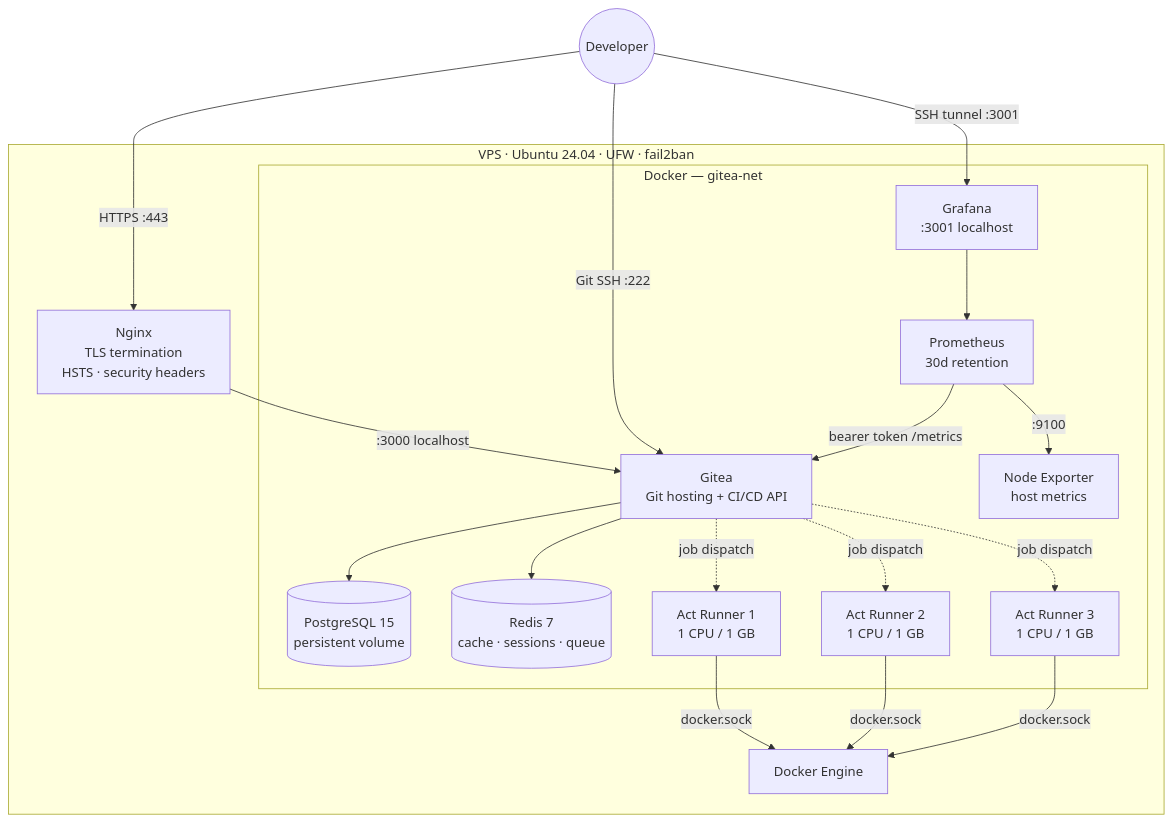
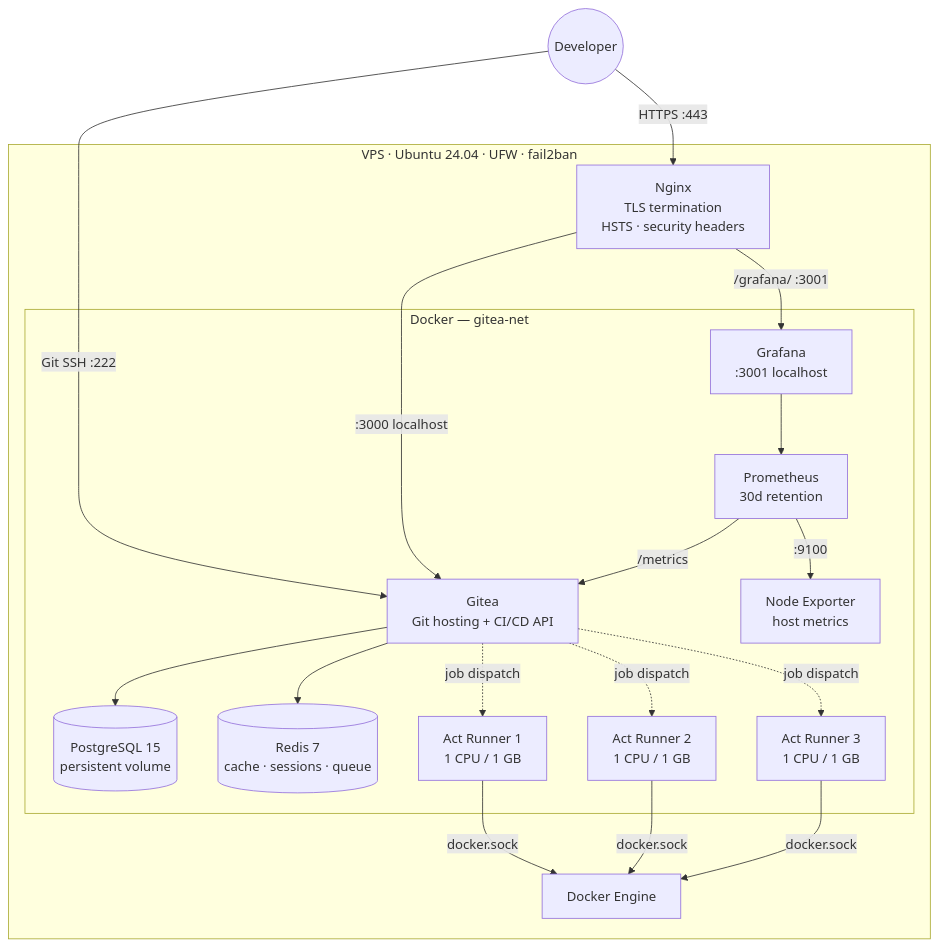
The diagram in README.md (kipngeno-isaac/self-hosted-gitea), drawn with Mermaid before and after one commit. The commit also changed other lines of this file and 3 other files, not shown here.

````diff
--- a/README.md
+++ b/README.md
@@ -26,25 +26,24 @@
 ```mermaid
 graph TB
     Dev((Developer)) -->|HTTPS :443| Nginx
     Dev -->|Git SSH :222| Gitea
 
     subgraph VPS["VPS · Ubuntu 24.04 · UFW · fail2ban"]
         Nginx["Nginx\nTLS termination\nHSTS · security headers"] -->|:3000 localhost| Gitea
 
         subgraph Docker["Docker — gitea-net"]
             Gitea["Gitea\nGit hosting + CI/CD API"] --> PG[("PostgreSQL 15\npersistent volume")]
             Gitea --> Redis[("Redis 7\ncache · sessions · queue")]
             Gitea -.->|job dispatch| R1["Act Runner 1\n1 CPU / 1 GB"]
             Gitea -.->|job dispatch| R2["Act Runner 2\n1 CPU / 1 GB"]
             Gitea -.->|job dispatch| R3["Act Runner 3\n1 CPU / 1 GB"]
 
-            Prom["Prometheus\n30d retention"] -->|bearer token /metrics| Gitea
+            Prom["Prometheus\n30d retention"] -->|/metrics| Gitea
             Prom -->|:9100| NE["Node Exporter\nhost metrics"]
             Graf["Grafana\n:3001 localhost"] --> Prom
         end
 
         R1 & R2 & R3 -->|docker.sock| DE["Docker Engine"]
+        Nginx -->|/grafana/ :3001| Graf
     end
-
-    Dev -->|SSH tunnel :3001| Graf
 ```
````
